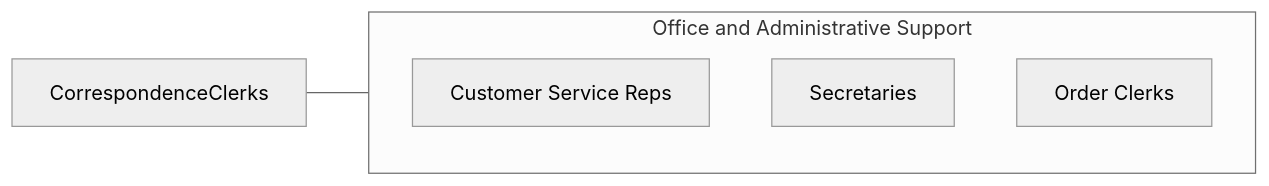
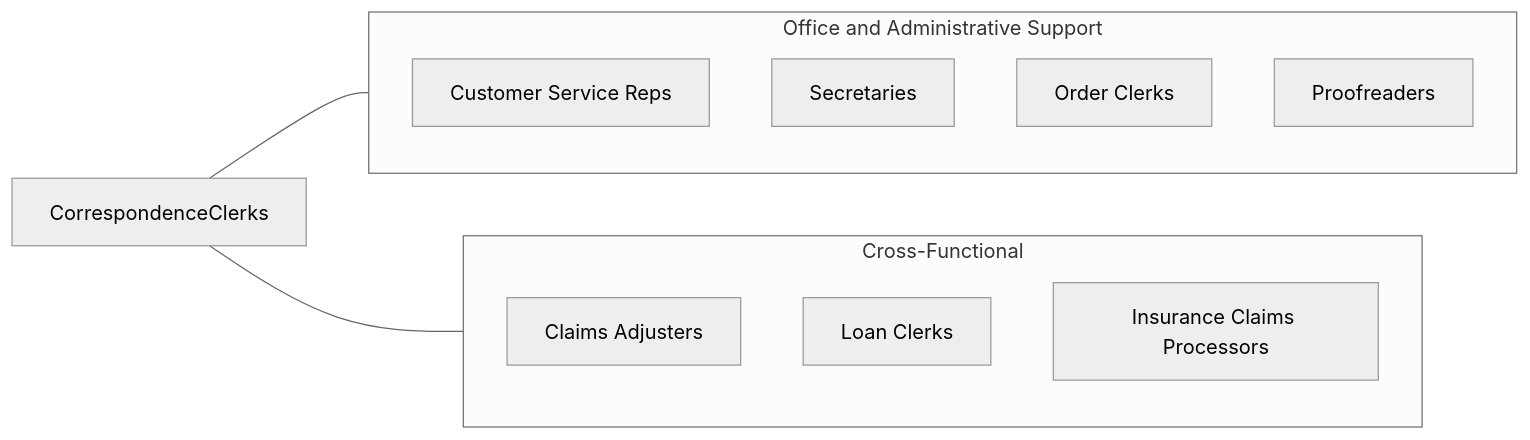
One commit to kziemski/business.org.ai changed the fourth of 4 diagrams in occupations/Administrative/CorrespondenceClerks.mdx. Above: the diagram before and after it, drawn with Mermaid (neutral theme). The commit also changed other lines of this file and 13418 other files, not shown here.

First line of the commit message:
feat: add sequence diagrams and enrich occupations and industry processes

````diff
--- a/occupations/Administrative/CorrespondenceClerks.mdx
+++ b/occupations/Administrative/CorrespondenceClerks.mdx
@@ -98,12 +202,20 @@
 ```mermaid
 graph LR
     Current["CorrespondenceClerks"]
 
     subgraph SameCategory["Office and Administrative Support"]
         CSR["Customer Service Reps"]
         Secretaries["Secretaries"]
         OrderClerks["Order Clerks"]
+        Proofreaders["Proofreaders"]
+    end
+
+    subgraph CrossFunctional["Cross-Functional"]
+        ClaimsAdjusters["Claims Adjusters"]
+        LoanClerks["Loan Clerks"]
+        InsuranceProcessors["Insurance Claims Processors"]
     end
 
     Current --- SameCategory
+    Current --- CrossFunctional
 ```
````
